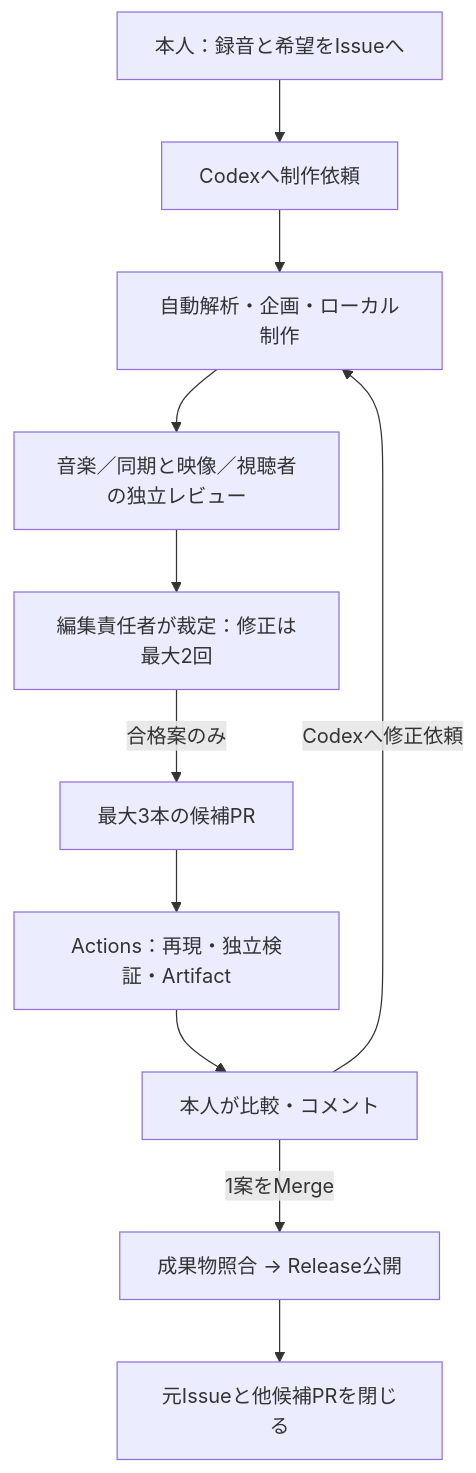
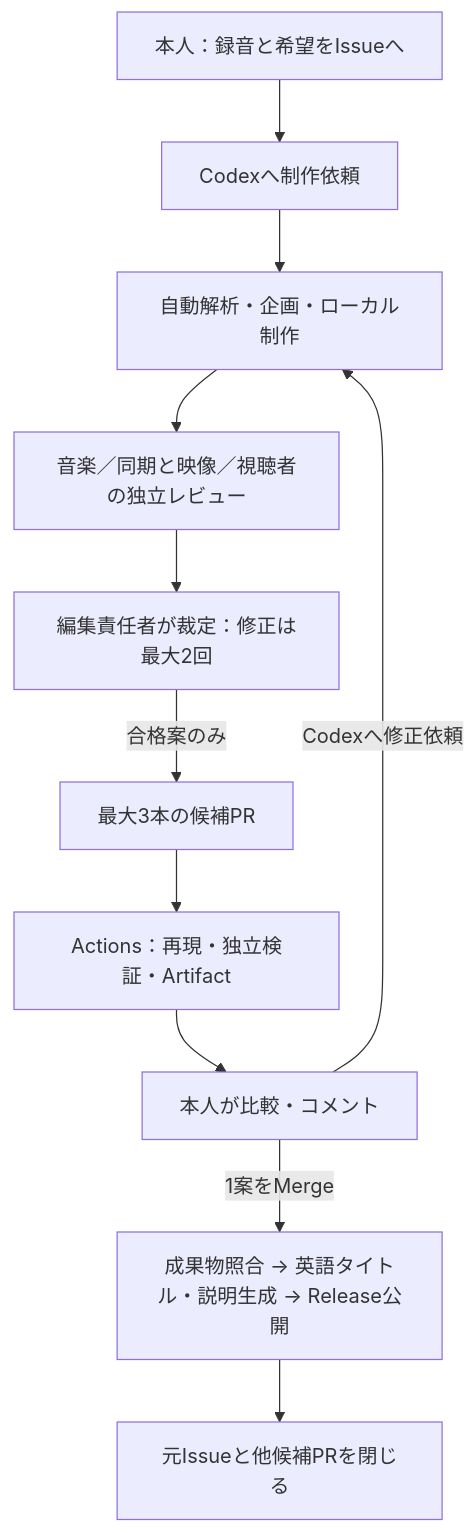
Before and after one commit to YusukeIwaki/chopin-mood: the diagram in README.md, drawn with Mermaid. The commit also changed other lines of this file and 17 other files, not shown here.

````diff
--- a/README.md
+++ b/README.md
@@ -17,13 +17,13 @@
 ```mermaid
 flowchart TD
   A["本人：録音と希望をIssueへ"] --> B["Codexへ制作依頼"]
   B --> C["自動解析・企画・ローカル制作"]
   C --> D["音楽／同期と映像／視聴者の独立レビュー"]
   D --> E["編集責任者が裁定：修正は最大2回"]
   E -->|合格案のみ| F["最大3本の候補PR"]
   F --> G["Actions：再現・独立検証・Artifact"]
   G --> H["本人が比較・コメント"]
   H -->|Codexへ修正依頼| C
-  H -->|1案をMerge| I["成果物照合 → Release公開"]
+  H -->|1案をMerge| I["成果物照合 → 英語タイトル・説明生成 → Release公開"]
   I --> J["元Issueと他候補PRを閉じる"]
 ```
````
